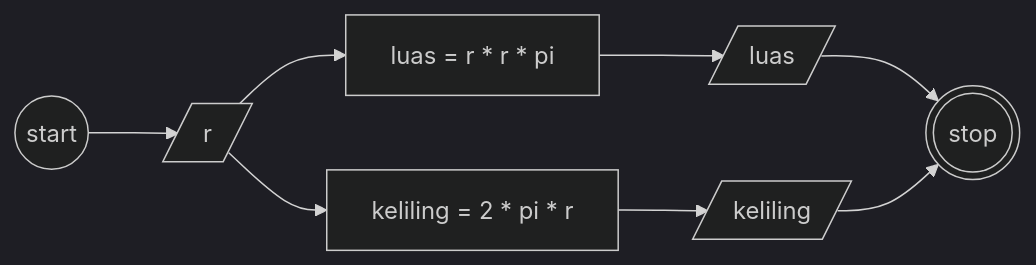
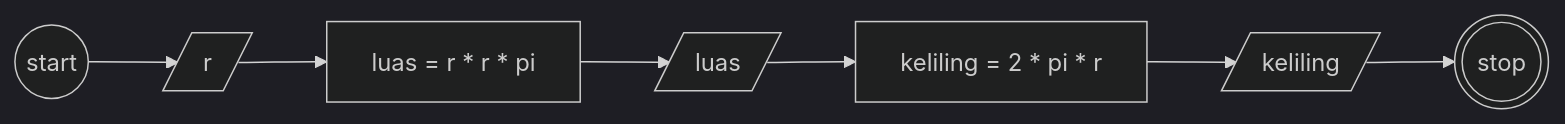
The second of 2 diagrams in README.md (ecenn/koda-b10-algoritma), drawn with Mermaid (dark theme) before and after one commit.

````diff
--- a/README.md
+++ b/README.md
@@ -62,21 +62,20 @@
 ```mermaid
 
 flowchart LR
 
 a((start))
 b[/r/]
 c[luas = r * r * pi]
-d[keliling = 2 * pi * r]
-e[/luas/]
+d[/luas/]
+e[keliling = 2 * pi * r]
 f[/keliling/]
 z(((stop)))
 
 a --> b
 b --> c
-b --> d
-c --> e
-d --> f
-e --> z
+c --> d
+d --> e
+e --> f
 f --> z
 
 ```
````
